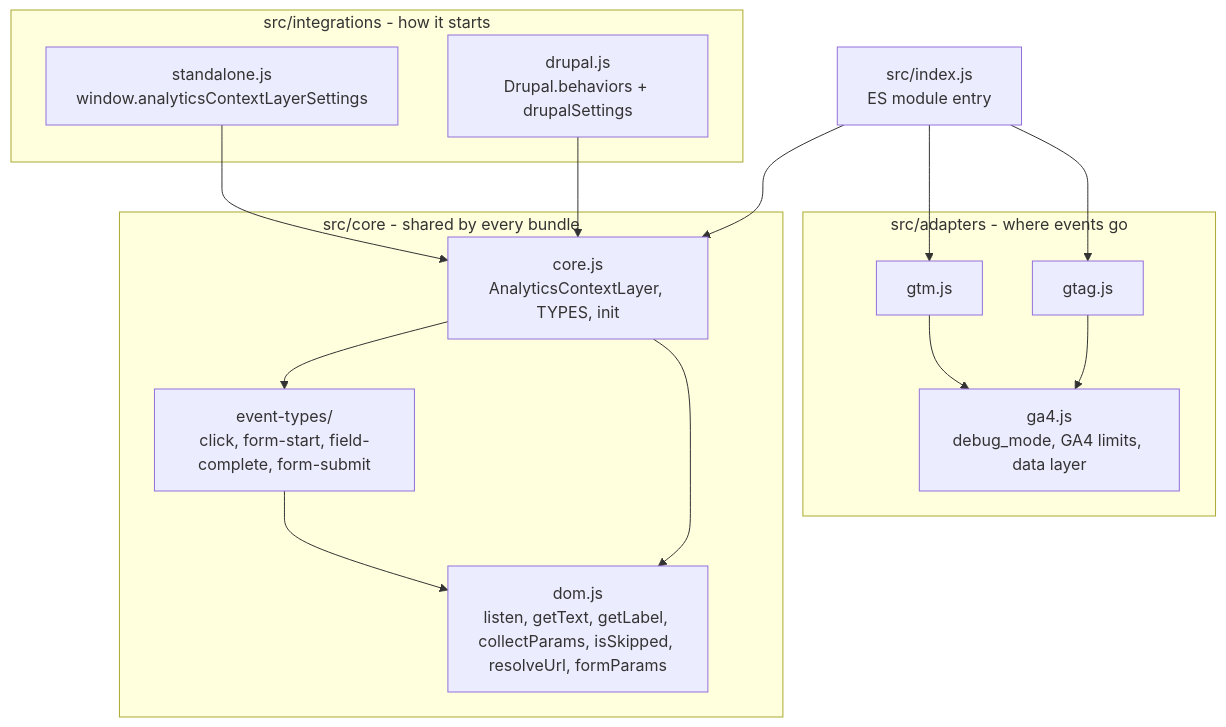
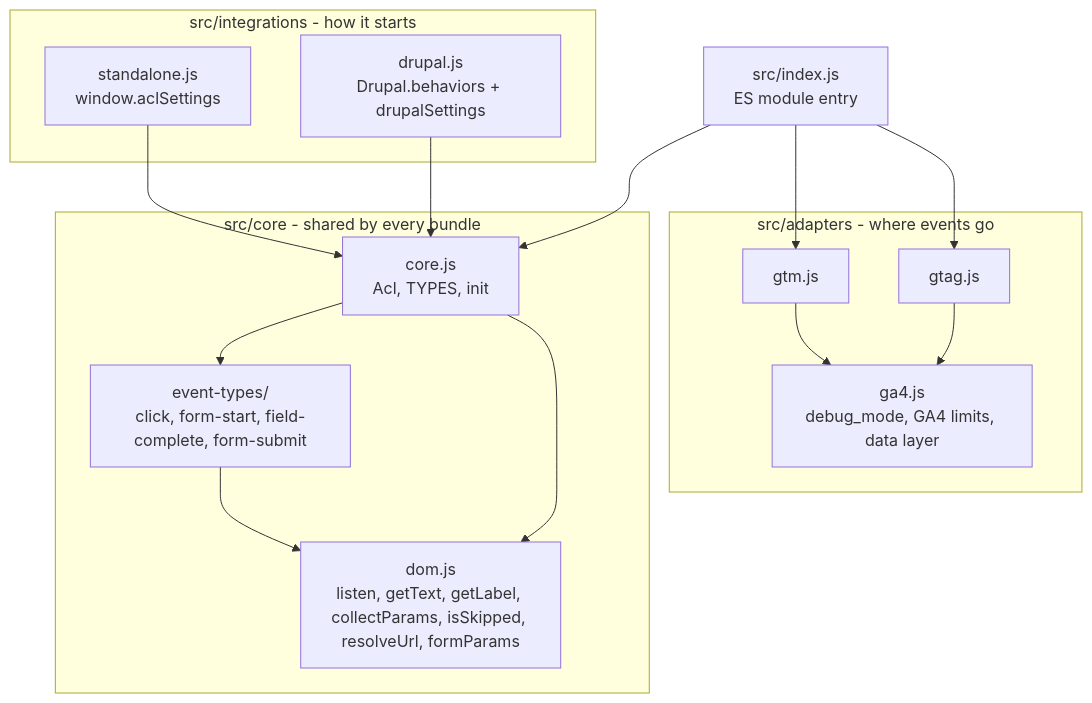
The first of 3 diagrams in docs/architecture/README.md (drevops/axel), drawn with Mermaid before and after one commit. The commit also changed other lines of this file and 3 other files, not shown here.

Commit message:
Documented the 'data-acl-*' attributes and the 'acl' globals in the README and architecture docs.

````diff
--- a/docs/architecture/README.md
+++ b/docs/architecture/README.md
@@ -10,27 +10,27 @@
 ```mermaid
 %% Traced from: src/core/*.js, src/core/event-types/*.js, src/adapters/*.js, src/integrations/*.js, src/index.js.
 flowchart TB
     subgraph integrations[src/integrations - how it starts]
-        standalone[standalone.js<br>window.analyticsContextLayerSettings]
+        standalone[standalone.js<br>window.aclSettings]
         drupal[drupal.js<br>Drupal.behaviors + drupalSettings]
     end
     subgraph core[src/core - shared by every bundle]
-        coreJs[core.js<br>AnalyticsContextLayer, TYPES, init]
+        coreJs[core.js<br>Acl, TYPES, init]
         eventTypes[event-types/<br>click, form-start, field-complete, form-submit]
         dom[dom.js<br>listen, getText, getLabel, collectParams, isSkipped, resolveUrl, formParams]
     end
     subgraph adapters[src/adapters - where events go]
         gtm[gtm.js]
         gtag[gtag.js]
         ga4[ga4.js<br>debug_mode, GA4 limits, data layer]
     end
     standalone --> coreJs
     drupal --> coreJs
     coreJs --> eventTypes --> dom
     coreJs --> dom
     gtm --> ga4
     gtag --> ga4
     index[src/index.js<br>ES module entry] --> coreJs
     index --> gtm
     index --> gtag
 ```
````
